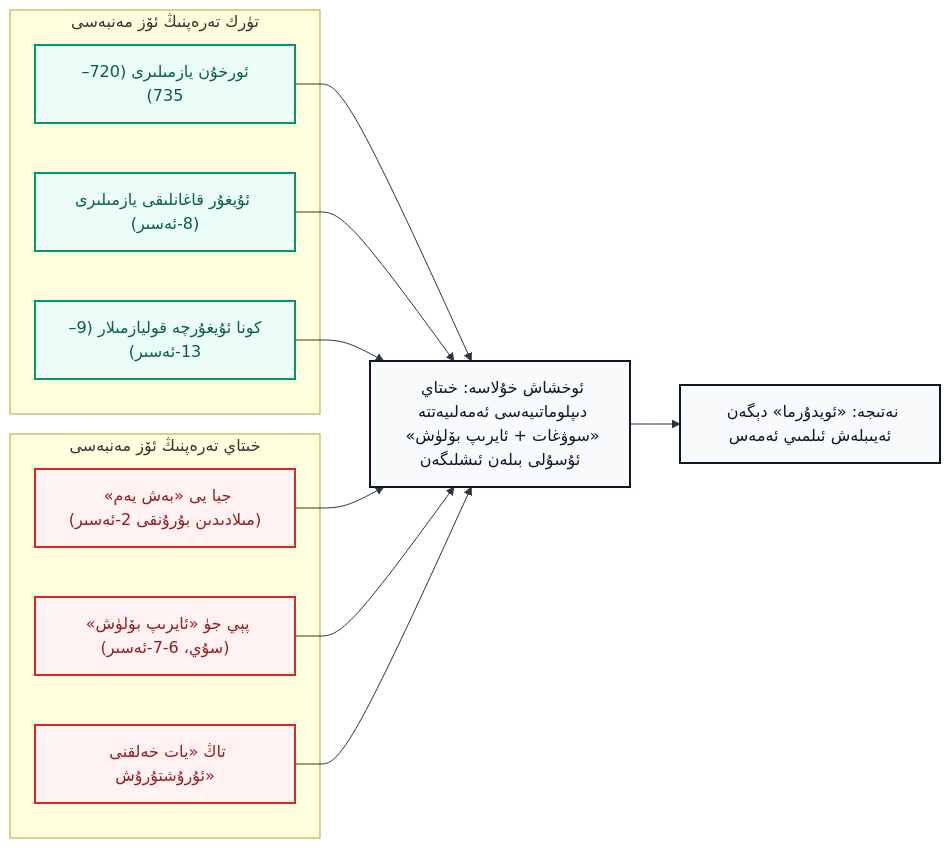
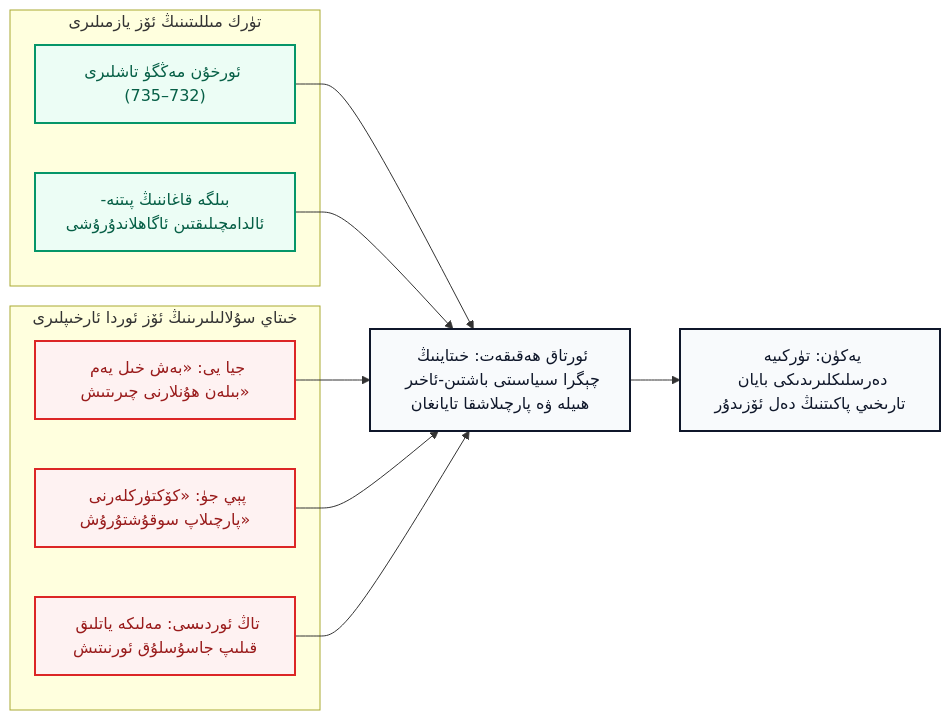
One commit to UyCoder/paydilar changed the second of 3 diagrams in _posts/2026-10-25-Turk-Tarix-Derislikliri-We-Xitay-Rewayiti-Reddiye.md. Above: the diagram before and after it, drawn with Mermaid. The commit also changed other lines of this file and 2 other files, not shown here.

````diff
--- a/_posts/2026-10-25-Turk-Tarix-Derislikliri-We-Xitay-Rewayiti-Reddiye.md
+++ b/_posts/2026-10-25-Turk-Tarix-Derislikliri-We-Xitay-Rewayiti-Reddiye.md
@@ -108,24 +122,22 @@
 ```mermaid
 flowchart LR
     classDef tr fill:#ecfdf5,stroke:#059669,stroke-width:2px,color:#065f46;
     classDef cn fill:#fef2f2,stroke:#dc2626,stroke-width:2px,color:#991b1b;
     classDef mid fill:#f8fafc,stroke:#0f172a,stroke-width:2px,color:#0f172a;
 
-    subgraph T["تۈرك تەرەپنىڭ ئۆز مەنبەسى"]
-        T1["ئورخۇن يازمىلىرى (720–735)"]:::tr
-        T2["ئۇيغۇر قاغانلىقى يازمىلىرى (8-ئەسىر)"]:::tr
-        T3["كونا ئۇيغۇرچە قوليازمىلار (9–13-ئەسىر)"]:::tr
+    subgraph T["تۈرك مىللىتىنىڭ ئۆز يازمىلىرى"]
+        T1["ئورخۇن مەڭگۈ تاشلىرى (732–735)"]:::tr
+        T2["بىلگە قاغاننىڭ پىتنە-ئالدامچىلىقتىن ئاگاھلاندۇرۇشى"]:::tr
     end
-    subgraph C["خىتاي تەرەپنىڭ ئۆز مەنبەسى"]
-        C1["جيا يى «بەش يەم» (مىلادىدىن بۇرۇنقى 2-ئەسىر)"]:::cn
-        C2["پېي جۈ «ئايرىپ بۆلۈش» (سۇي، 6-7-ئەسىر)"]:::cn
-        C3["تاڭ «يات خەلقنى ئۇرۇشتۇرۇش»"]:::cn
+    subgraph C["خىتاي سۇلالىلىرىنىڭ ئۆز ئوردا ئارخىپلىرى"]
+        C1["جيا يى: «بەش خىل يەم بىلەن ھۇنلارنى چىرىتىش»"]:::cn
+        C2["پېي جۈ: «كۆكتۈركلەرنى پارچىلاپ سوقۇشتۇرۇش»"]:::cn
+        C3["تاڭ ئوردىسى: مەلىكە ياتلىق قىلىپ جاسۇسلۇق ئورنىتىش"]:::cn
     end
-    T1 --> M["ئوخشاش خۇلاسە: خىتاي دىپلوماتىيەسى ئەمەلىيەتتە «سوۋغات + ئايرىپ بۆلۈش» ئۇسۇلى بىلەن ئىشلىگەن"]:::mid
+    T1 --> M["ئورتاق ھەقىقەت: خىتاينىڭ چېگرا سىياسىتى باشتىن-ئاخىر ھىيلە ۋە پارچىلاشقا تايانغان"]:::mid
     T2 --> M
-    T3 --> M
     C1 --> M
     C2 --> M
     C3 --> M
-    M --> R["نەتىجە: «ئويدۇرما» دېگەن ئەيىبلەش ئىلمىي ئەمەس"]:::mid
+    M --> R["يەكۈن: تۈركىيە دەرسلىكلىرىدىكى بايان تارىخىي پاكىتنىڭ دەل ئۆزىدۇر"]:::mid
 ```
````
